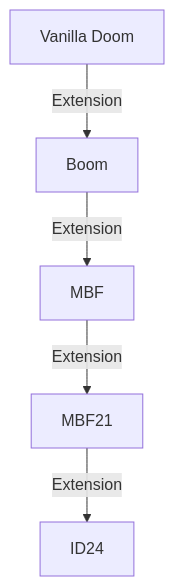
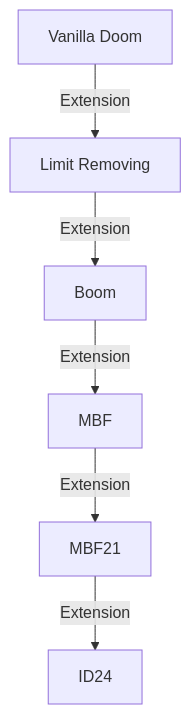
The second of 2 diagrams in README.md (joaoalmeida6/BahDoom), drawn with Mermaid before and after one commit. The commit also changed other lines of this file and 9 other files, not shown here.

````diff
--- a/README.md
+++ b/README.md
@@ -251,13 +84,15 @@
 ```mermaid
 flowchart TD
     Vanilla["Vanilla Doom"]
+    Limit_Removing["Limit Removing"]
     Boom["Boom"]
     MBF["MBF"]
     MBF21["MBF21"]
     ID24["ID24"]
 
-    Vanilla -->|Extension| Boom
+    Vanilla -->|Extension| Limit_Removing
+    Limit_Removing -->|Extension| Boom
     Boom -->|Extension| MBF
     MBF -->|Extension| MBF21
     MBF21 -->|Extension| ID24
 ```
````
